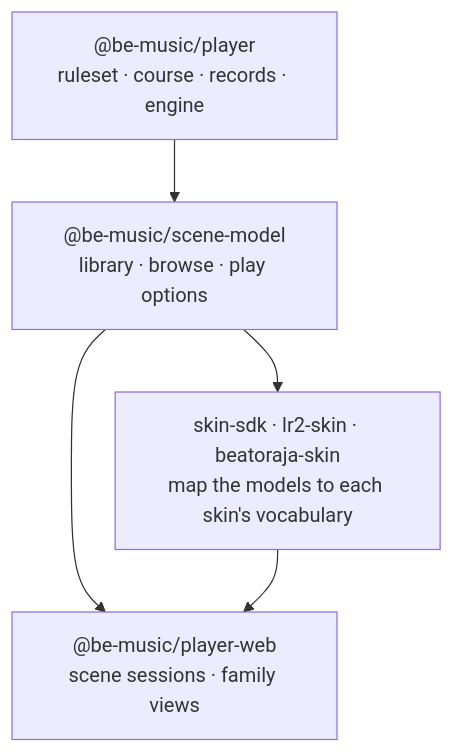
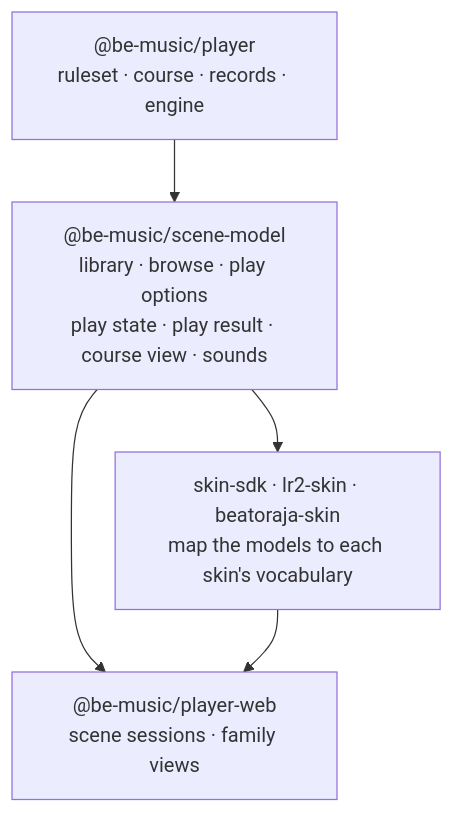
Before and after one commit to nulltask/be-music: the first of 3 diagrams in docs/scene-model.md, drawn with Mermaid. The commit also changed other lines of this file and 9 other files, not shown here.

First line of the commit message:
docs: describe the play-side scene models and their choices [ci skip]

````diff
--- a/docs/scene-model.md
+++ b/docs/scene-model.md
@@ -11,12 +11,12 @@
 ```mermaid
 flowchart TD
   player["@be-music/player<br/>ruleset · course · records · engine"]
-  model["@be-music/scene-model<br/>library · browse · play options"]
+  model["@be-music/scene-model<br/>library · browse · play options<br/>play state · play result · course view · sounds"]
   skins["skin-sdk · lr2-skin · beatoraja-skin<br/>map the models to each skin's vocabulary"]
   sessions["@be-music/player-web<br/>scene sessions · family views"]
 
   player --> model
   model --> skins
   model --> sessions
   skins --> sessions
 ```
````
